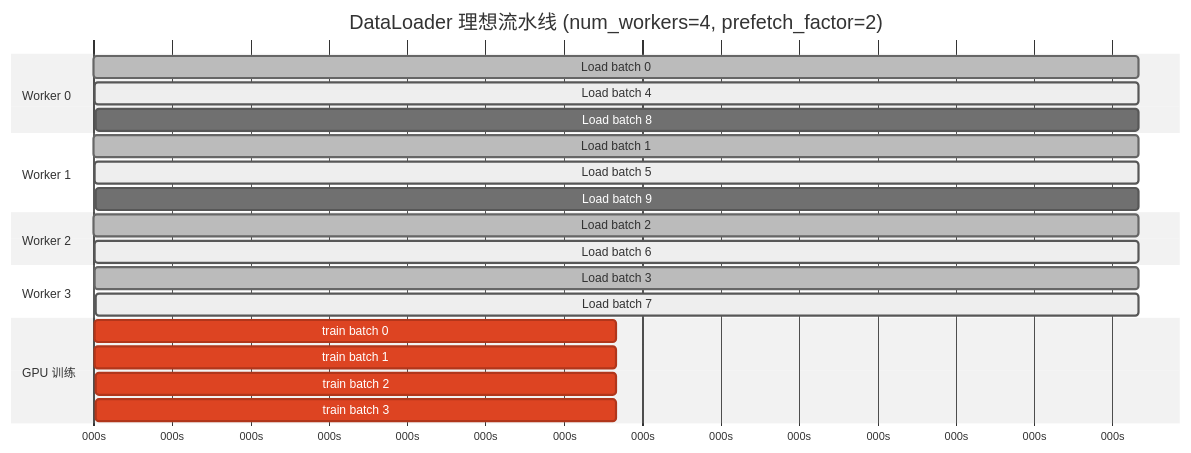
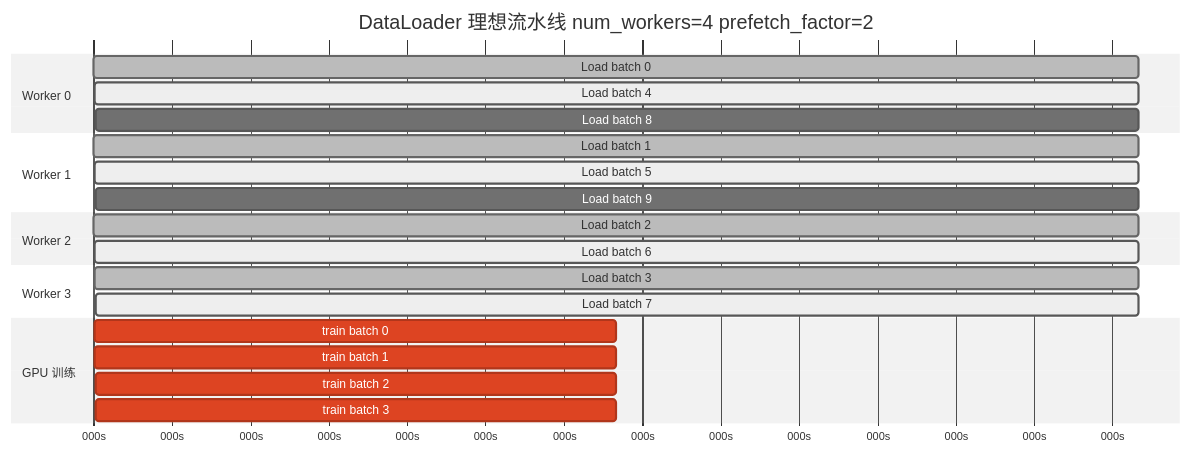
One commit to pengyanai/notebook changed the fourth of 6 diagrams in posts/2026-05-07-python-cpu-bottleneck-troubleshooting-sop.md. Above: the diagram before and after it, drawn with Mermaid (neutral theme). The commit also changed other lines of this file and 3 other files, not shown here.

````diff
--- a/posts/2026-05-07-python-cpu-bottleneck-troubleshooting-sop.md
+++ b/posts/2026-05-07-python-cpu-bottleneck-troubleshooting-sop.md
@@ -496,30 +555,30 @@
 ```mermaid
 gantt
-    title DataLoader 理想流水线 (num_workers=4, prefetch_factor=2)
+    title DataLoader 理想流水线 num_workers=4 prefetch_factor=2
     dateFormat X
     axisFormat %Ls
 
     section Worker 0
     Load batch 0       :done, w0a, 0, 400
     Load batch 4       :active, w0b, 400, 400
     Load batch 8       :w0c, 800, 400
 
     section Worker 1
     Load batch 1       :done, w1a, 100, 400
     Load batch 5       :active, w1b, 500, 400
     Load batch 9       :w1c, 900, 400
 
     section Worker 2
     Load batch 2       :done, w2a, 200, 400
     Load batch 6       :active, w2b, 600, 400
 
     section Worker 3
     Load batch 3       :done, w3a, 300, 400
     Load batch 7       :active, w3b, 700, 400
 
     section GPU 训练
     train batch 0      :crit, g0, 400, 200
     train batch 1      :crit, g1, 600, 200
     train batch 2      :crit, g2, 800, 200
     train batch 3      :crit, g3, 1000, 200
 ```
````
